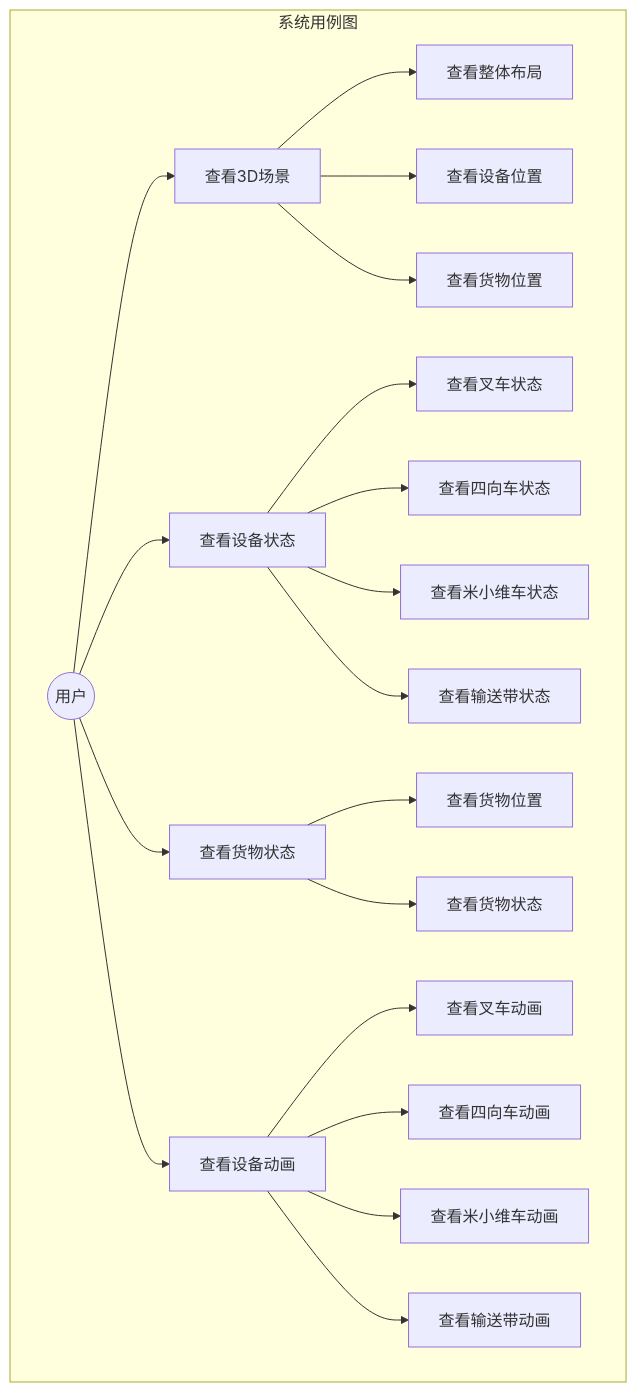
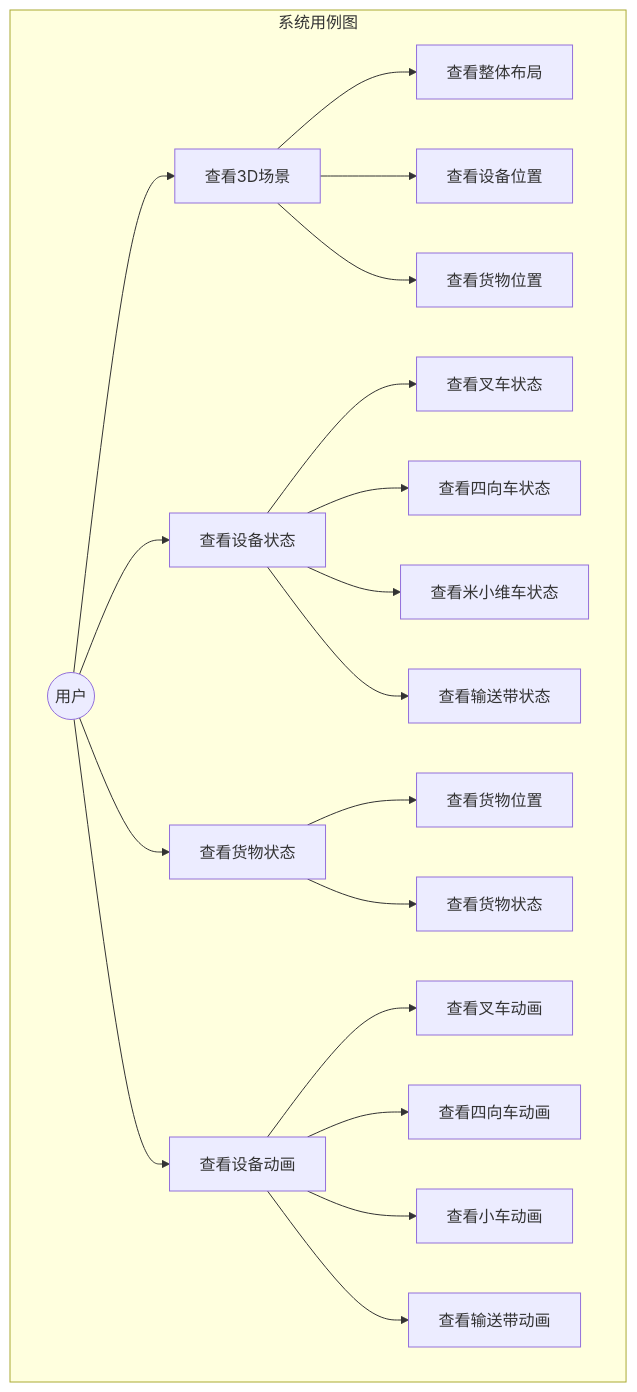
The diagram in all/未命名.md (Mrmilu212/iodraw-files), drawn with Mermaid before and after one commit.

Commit message:
2025-05-18 21:17:52 update

````diff
--- a/all/未命名.md
+++ b/all/未命名.md
@@ -1,27 +1,27 @@
 ```mermaid
 graph TB
     subgraph 系统用例图
     direction LR
     A((用户)) --> B[查看3D场景]
     A --> C[查看设备状态]
     A --> D[查看货物状态]
     A --> E[查看设备动画]
     
     B --> B1[查看整体布局]
     B --> B2[查看设备位置]
     B --> B3[查看货物位置]
     
     C --> C1[查看叉车状态]
     C --> C2[查看四向车状态]
     C --> C3[查看米小维车状态]
     C --> C4[查看输送带状态]
     
     D --> D1[查看货物位置]
     D --> D2[查看货物状态]
     
     E --> E1[查看叉车动画]
     E --> E2[查看四向车动画]
-    E --> E3[查看米小维车动画]
+    E --> E3[查看小车动画]
     E --> E4[查看输送带动画]
     end  
 ```
````
